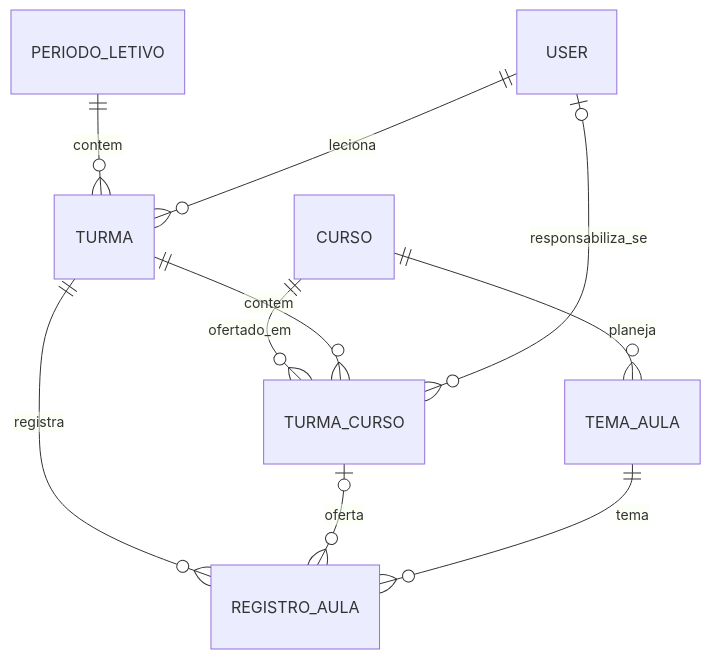
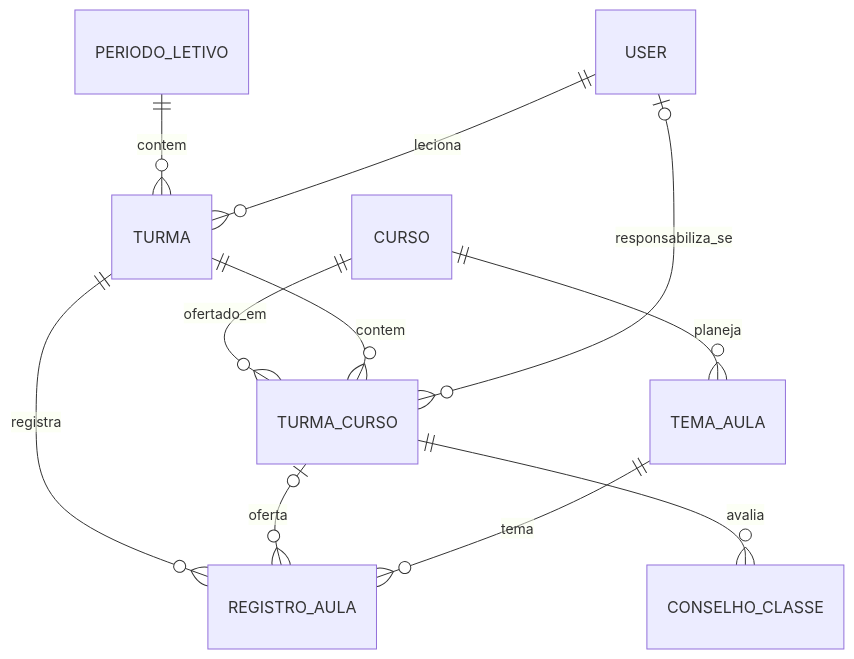
The second of 7 diagrams in app/models/MER.md (fmtic/pautaon), drawn with Mermaid before and after one commit. The commit also changed other lines of this file and 58 other files, not shown here.

````diff
--- a/app/models/MER.md
+++ b/app/models/MER.md
@@ -213,12 +217,13 @@
 ```mermaid
 erDiagram
     PERIODO_LETIVO ||--o{ TURMA : contem
     CURSO          ||--o{ TURMA_CURSO : ofertado_em
     TURMA          ||--o{ TURMA_CURSO : contem
     USER           |o--o{ TURMA_CURSO : responsabiliza_se
     CURSO          ||--o{ TEMA_AULA : planeja
     USER           ||--o{ TURMA : leciona
     TURMA          ||--o{ REGISTRO_AULA : registra
     TURMA_CURSO    |o--o{ REGISTRO_AULA : oferta
     TEMA_AULA      ||--o{ REGISTRO_AULA : tema
+    TURMA_CURSO    ||--o{ CONSELHO_CLASSE : avalia
 ```
````
